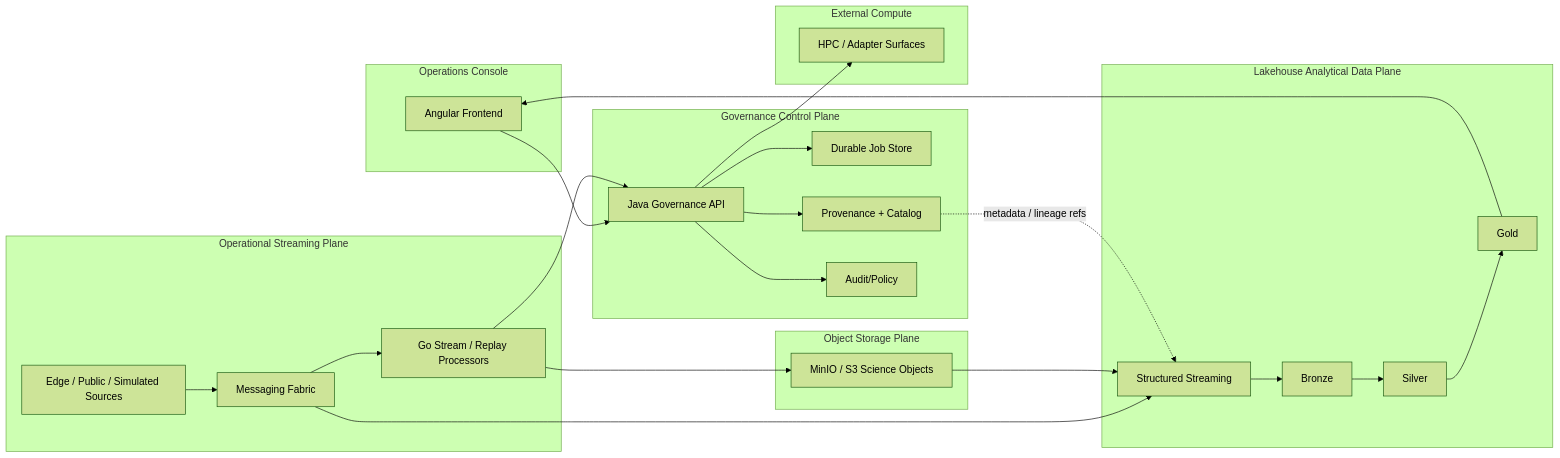
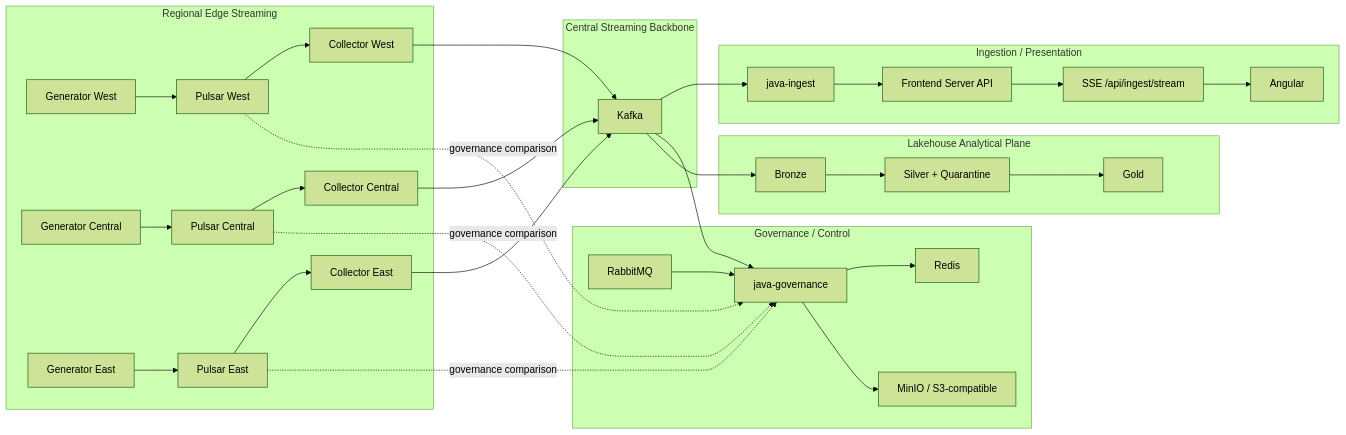
Before and after one commit to JeffreySanford/phase-2-cosmic: the diagram in documentation/architecture/ARCHITECTURE.md, drawn with Mermaid (forest theme). The commit also changed other lines of this file, not shown here.

Commit message:
align architecture to repaired streaming path

````diff
--- a/documentation/architecture/ARCHITECTURE.md
+++ b/documentation/architecture/ARCHITECTURE.md
@@ -112,48 +93,50 @@
 ```mermaid
 flowchart LR
-  subgraph FE[Operations Console]
-    UI[Angular Frontend]
+  subgraph EDGE[Regional Edge Streaming]
+    GenW[Generator West] --> PW[Pulsar West] --> CW[Collector West]
+    GenC[Generator Central] --> PC[Pulsar Central] --> CC[Collector Central]
+    GenE[Generator East] --> PE[Pulsar East] --> CE[Collector East]
   end
 
-  subgraph OP[Operational Streaming Plane]
-    Edge[Edge / Public / Simulated Sources]
-    Broker[Messaging Fabric]
-    StreamProc[Go Stream / Replay Processors]
-    Edge --> Broker --> StreamProc
+  subgraph CORE[Central Streaming Backbone]
+    Kafka[Kafka]
   end
 
-  subgraph GOV[Governance Control Plane]
-    API[Java Governance API]
-    Jobs[Durable Job Store]
-    Prov[Provenance + Catalog]
-    Audit[Audit/Policy]
-    API --> Jobs
-    API --> Prov
-    API --> Audit
+  CW --> Kafka
+  CC --> Kafka
+  CE --> Kafka
+
+  subgraph INGEST[Ingestion / Presentation]
+    JavaIngest[java-ingest]
+    Api[Frontend Server API]
+    SSE[SSE /api/ingest/stream]
+    Angular[Angular]
+    JavaIngest --> Api --> SSE --> Angular
   end
 
-  subgraph OBJ[Object Storage Plane]
-    Store[MinIO / S3 Science Objects]
+  Kafka --> JavaIngest
+
+  subgraph GOV[Governance / Control]
+    Gov[java-governance]
+    Rabbit[RabbitMQ]
+    Redis[Redis]
+    MinIO[MinIO / S3-compatible]
+    Rabbit --> Gov
+    Gov --> Redis
+    Gov --> MinIO
   end
 
-  subgraph LAKE[Lakehouse Analytical Data Plane]
-    Stream[Structured Streaming]
+  Kafka --> Gov
+  PW -. governance comparison .-> Gov
+  PC -. governance comparison .-> Gov
+  PE -. governance comparison .-> Gov
+
+  subgraph LAKE[Lakehouse Analytical Plane]
     Bronze[Bronze]
-    Silver[Silver]
+    Silver[Silver + Quarantine]
     Gold[Gold]
-    Stream --> Bronze --> Silver --> Gold
+    Bronze --> Silver --> Gold
   end
 
-  subgraph EXT[External Compute]
-    HPC[HPC / Adapter Surfaces]
-  end
-
-  UI --> API
-  StreamProc --> API
-  StreamProc --> Store
-  Broker --> Stream
-  Store --> Stream
-  Prov -. metadata / lineage refs .-> Stream
-  Gold --> UI
-  API --> HPC
+  Kafka --> Bronze
 ```
````
